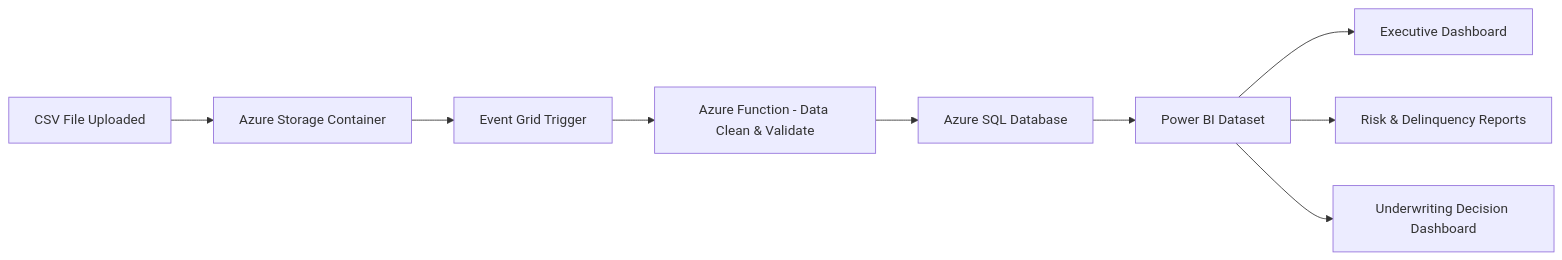
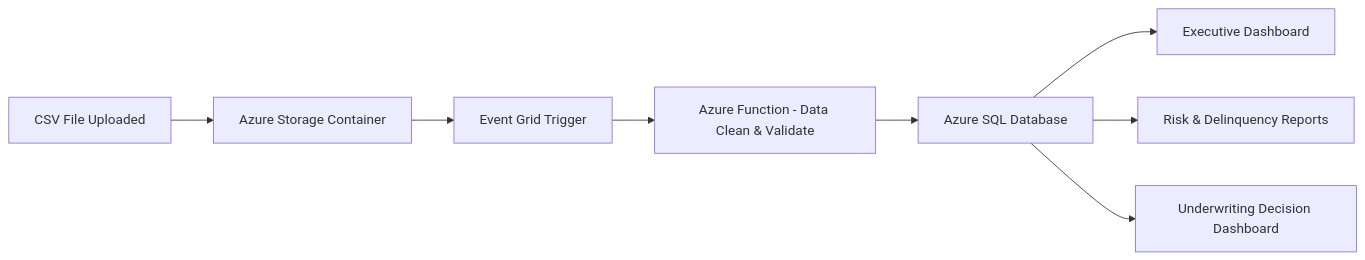
Before and after one commit to oigbokwe73/Credit-Risk-and-Loan-Portfolio-Reporting: the diagram in README.md, drawn with Mermaid.

Commit message:
Reorganize flow from Azure SQL Database to dashboards

````diff
--- a/README.md
+++ b/README.md
@@ -180,11 +180,10 @@
 ```mermaid
 flowchart LR
     A[CSV File Uploaded] --> B[Azure Storage Container]
     B --> C[Event Grid Trigger]
     C --> D[Azure Function - Data Clean & Validate]
     D --> E[Azure SQL Database]
-    E --> F[Power BI Dataset]
-    F --> G[Executive Dashboard]
-    F --> H[Risk & Delinquency Reports]
-    F --> I[Underwriting Decision Dashboard]
+    E --> F[Executive Dashboard]
+    E --> G[Risk & Delinquency Reports]
+    E --> H[Underwriting Decision Dashboard]
 ```
````
